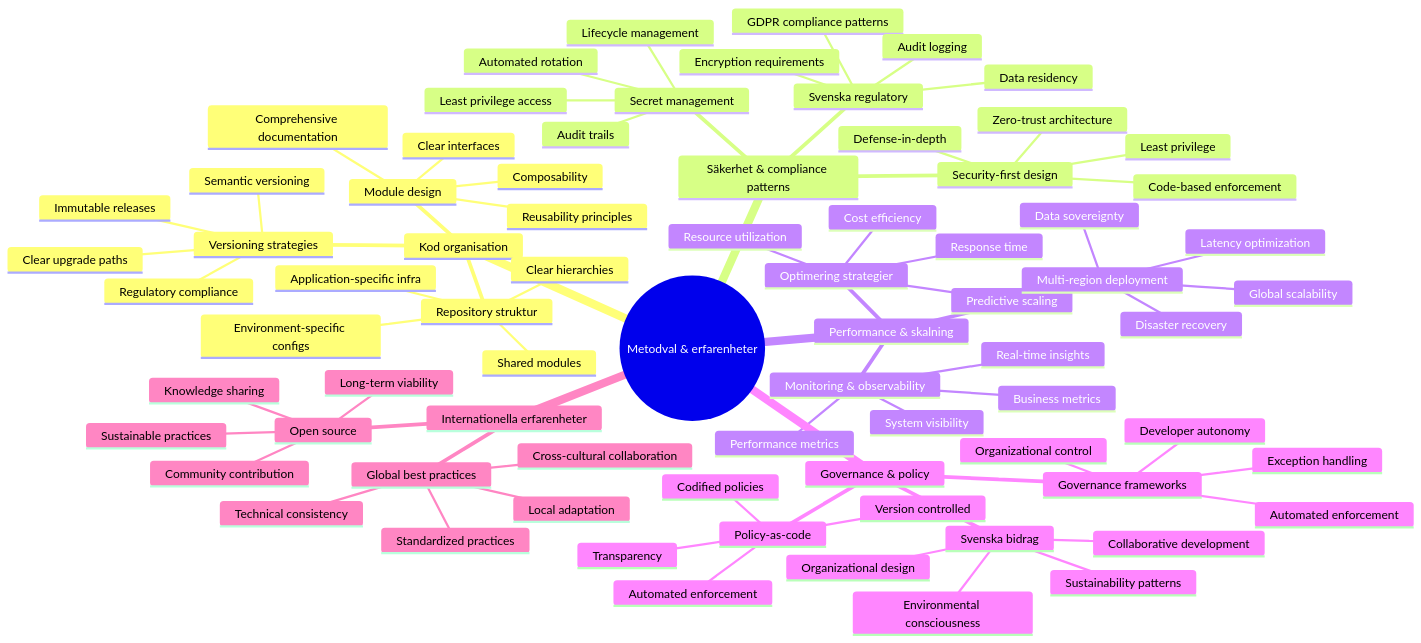
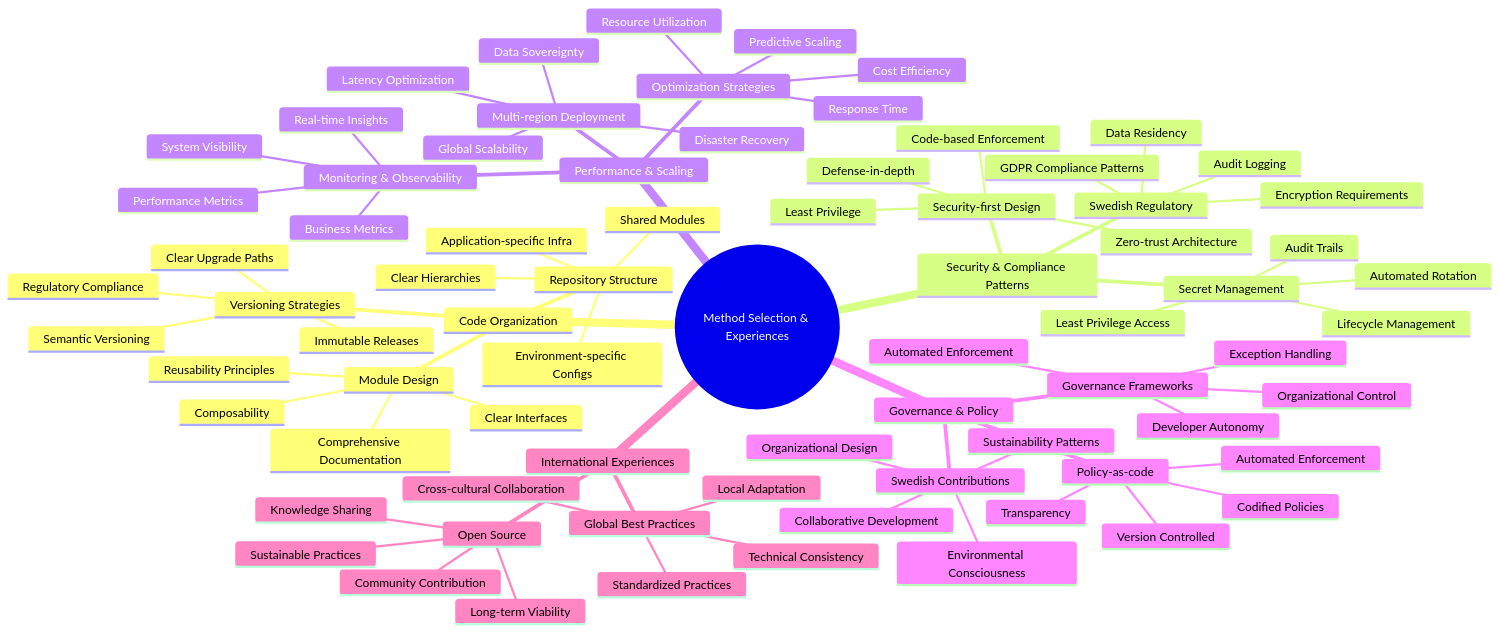
One commit to Geonitab/architecture_as_code changed the diagram in docs/images/mindmap_22_best_practices.mmd. Above: the diagram before and after it, drawn with Mermaid. The commit also changed 7 other files, not shown here.

Commit message:
Translate 8 Mermaid diagram files from Swedish to English

```diff
--- a/docs/images/mindmap_22_best_practices.mmd
+++ b/docs/images/mindmap_22_best_practices.mmd
@@ -1,77 +1,77 @@
 mindmap
-  root((Metodval & erfarenheter))
-    Kod organisation
-      Repository struktur
-        Shared modules
-        Environment-specific configs
-        Application-specific infra
-        Clear hierarchies
-      Module design
-        Reusability principles
+  root((Method Selection & Experiences))
+    Code Organization
+      Repository Structure
+        Shared Modules
+        Environment-specific Configs
+        Application-specific Infra
+        Clear Hierarchies
+      Module Design
+        Reusability Principles
         Composability
-        Clear interfaces
-        Comprehensive documentation
-      Versioning strategies
-        Semantic versioning
-        Immutable releases
-        Clear upgrade paths
-        Regulatory compliance
-    Säkerhet & compliance patterns
-      Security-first design
+        Clear Interfaces
+        Comprehensive Documentation
+      Versioning Strategies
+        Semantic Versioning
+        Immutable Releases
+        Clear Upgrade Paths
+        Regulatory Compliance
+    Security & Compliance Patterns
+      Security-first Design
         Defense-in-depth
-        Least privilege
-        Zero-trust architecture
-        Code-based enforcement
-      Svenska regulatory
-        GDPR compliance patterns
-        Data residency
-        Encryption requirements
-        Audit logging
-      Secret management
-        Automated rotation
-        Audit trails
-        Least privilege access
-        Lifecycle management
-    Performance & skalning
-      Optimering strategier
-        Cost efficiency
-        Resource utilization
-        Response time
-        Predictive scaling
-      Multi-region deployment
-        Global scalability
-        Data sovereignty
-        Latency optimization
-        Disaster recovery
-      Monitoring & observability
-        System visibility
-        Real-time insights
-        Performance metrics
-        Business metrics
-    Governance & policy
-      Governance frameworks
-        Developer autonomy
-        Organizational control
-        Automated enforcement
-        Exception handling
+        Least Privilege
+        Zero-trust Architecture
+        Code-based Enforcement
+      Swedish Regulatory
+        GDPR Compliance Patterns
+        Data Residency
+        Encryption Requirements
+        Audit Logging
+      Secret Management
+        Automated Rotation
+        Audit Trails
+        Least Privilege Access
+        Lifecycle Management
+    Performance & Scaling
+      Optimization Strategies
+        Cost Efficiency
+        Resource Utilization
+        Response Time
+        Predictive Scaling
+      Multi-region Deployment
+        Global Scalability
+        Data Sovereignty
+        Latency Optimization
+        Disaster Recovery
+      Monitoring & Observability
+        System Visibility
+        Real-time Insights
+        Performance Metrics
+        Business Metrics
+    Governance & Policy
+      Governance Frameworks
+        Developer Autonomy
+        Organizational Control
+        Automated Enforcement
+        Exception Handling
       Policy-as-code
-        Codified policies
-        Version controlled
-        Automated enforcement
+        Codified Policies
+        Version Controlled
+        Automated Enforcement
         Transparency
-      Svenska bidrag
-        Organizational design
-        Environmental consciousness
-        Collaborative development
-        Sustainability patterns
-    Internationella erfarenheter
-      Global best practices
-        Cross-cultural collaboration
-        Technical consistency
-        Local adaptation
-        Standardized practices
-      Open source
-        Community contribution
-        Knowledge sharing
-        Sustainable practices
-        Long-term viability
+      Swedish Contributions
+        Organizational Design
+        Environmental Consciousness
+        Collaborative Development
+        Sustainability Patterns
+    International Experiences
+      Global Best Practices
+        Cross-cultural Collaboration
+        Technical Consistency
+        Local Adaptation
+        Standardized Practices
+      Open Source
+        Community Contribution
+        Knowledge Sharing
+        Sustainable Practices
+        Long-term Viability
```
